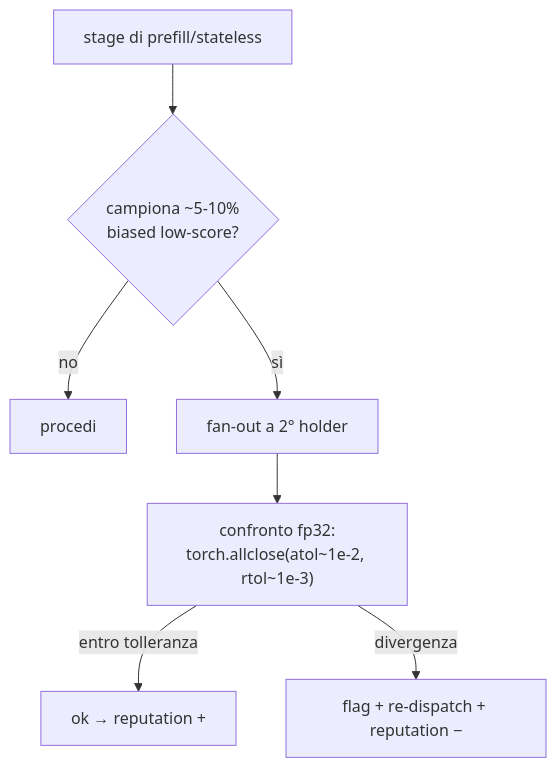
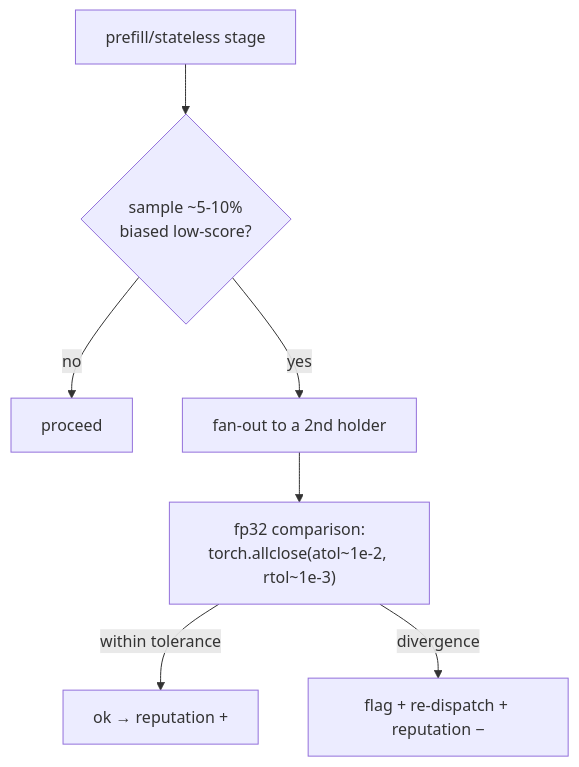
Before and after one commit to babelfornet/eujeno: the diagram in docs/prd/part-5-security-bft.md, drawn with Mermaid. The commit also changed other lines of this file and 34 other files, not shown here.

````diff
--- a/docs/prd/part-5-security-bft.md
+++ b/docs/prd/part-5-security-bft.md
@@ -21,9 +21,9 @@
 ```mermaid
 flowchart TD
-    S[stage di prefill/stateless] --> SAMP{campiona ~5-10%<br/>biased low-score?}
-    SAMP -- no --> OK[procedi]
-    SAMP -- sì --> R2[fan-out a 2° holder]
-    R2 --> CMP["confronto fp32:<br/>torch.allclose(atol~1e-2, rtol~1e-3)"]
-    CMP -- entro tolleranza --> OK2[ok → reputation +]
-    CMP -- divergenza --> FLAG[flag + re-dispatch + reputation −]
+    S[prefill/stateless stage] --> SAMP{sample ~5-10%<br/>biased low-score?}
+    SAMP -- no --> OK[proceed]
+    SAMP -- yes --> R2[fan-out to a 2nd holder]
+    R2 --> CMP["fp32 comparison:<br/>torch.allclose(atol~1e-2, rtol~1e-3)"]
+    CMP -- within tolerance --> OK2[ok → reputation +]
+    CMP -- divergence --> FLAG[flag + re-dispatch + reputation −]
 ```
````
